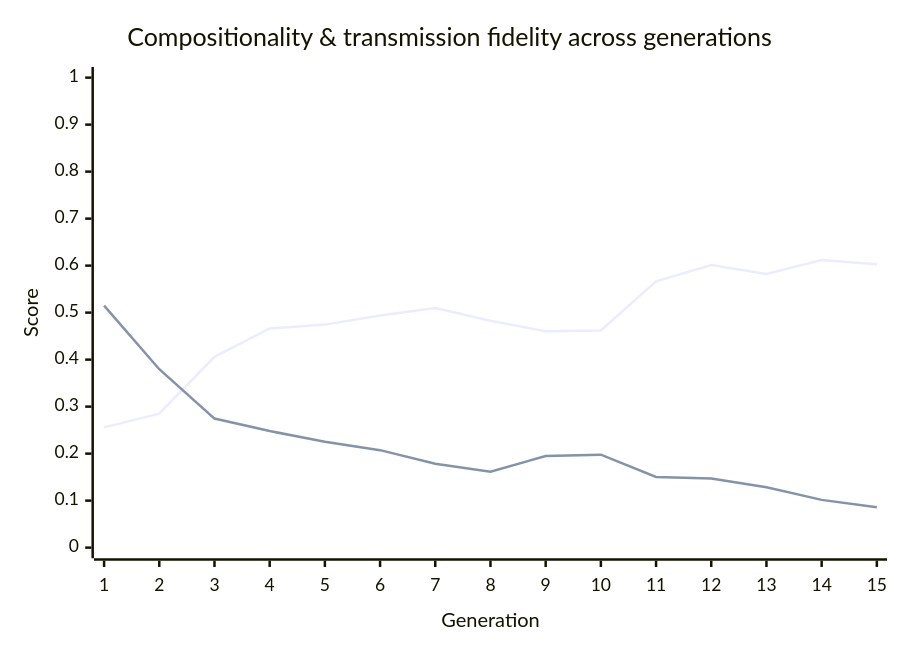
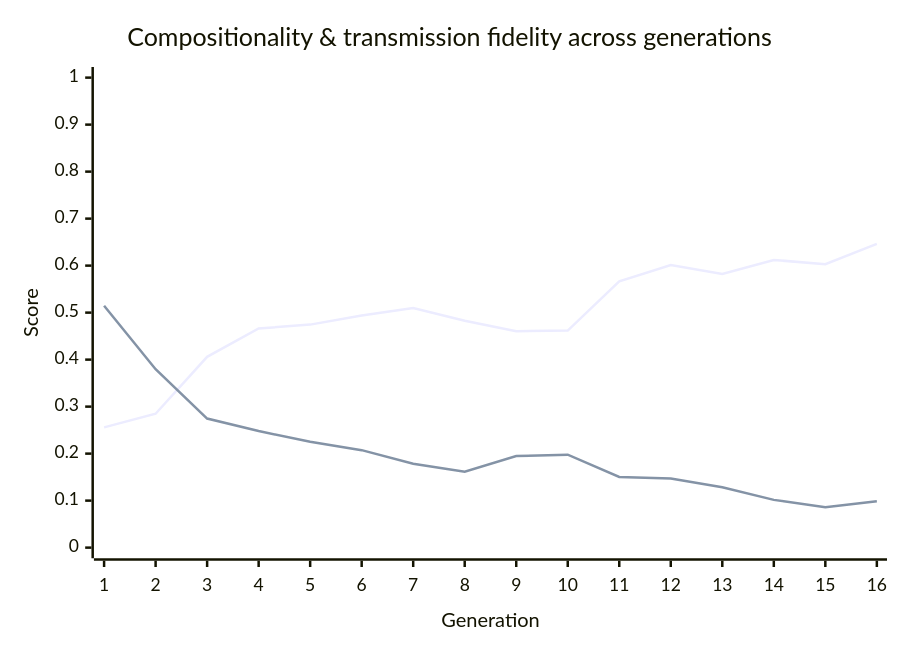
One commit to nichobbs/traditio changed the diagram in metrics/latest-report.md. Above: the diagram before and after it, drawn with Mermaid. The commit also changed other lines of this file and 1 other file, not shown here.

````diff
--- a/metrics/latest-report.md
+++ b/metrics/latest-report.md
@@ -40,8 +40,8 @@
 ```mermaid
 xychart-beta
     title "Compositionality & transmission fidelity across generations"
-    x-axis "Generation" [1, 2, 3, 4, 5, 6, 7, 8, 9, 10, 11, 12, 13, 14, 15]
+    x-axis "Generation" [1, 2, 3, 4, 5, 6, 7, 8, 9, 10, 11, 12, 13, 14, 15, 16]
     y-axis "Score" 0 --> 1
-    line "Compositionality" [0.2559, 0.2849, 0.4060, 0.4663, 0.4745, 0.4941, 0.5099, 0.4826, 0.4603, 0.4619, 0.5665, 0.6011, 0.5822, 0.6121, 0.6029]
-    line "Transmission Fidelity" [0.5148, 0.3796, 0.2746, 0.2481, 0.2251, 0.2074, 0.1785, 0.1615, 0.1949, 0.1977, 0.1504, 0.1472, 0.1286, 0.1016, 0.0861]
+    line "Compositionality" [0.2559, 0.2849, 0.4060, 0.4663, 0.4745, 0.4941, 0.5099, 0.4826, 0.4603, 0.4619, 0.5665, 0.6011, 0.5822, 0.6121, 0.6029, 0.6464]
+    line "Transmission Fidelity" [0.5148, 0.3796, 0.2746, 0.2481, 0.2251, 0.2074, 0.1785, 0.1615, 0.1949, 0.1977, 0.1504, 0.1472, 0.1286, 0.1016, 0.0861, 0.0987]
 ```
````
